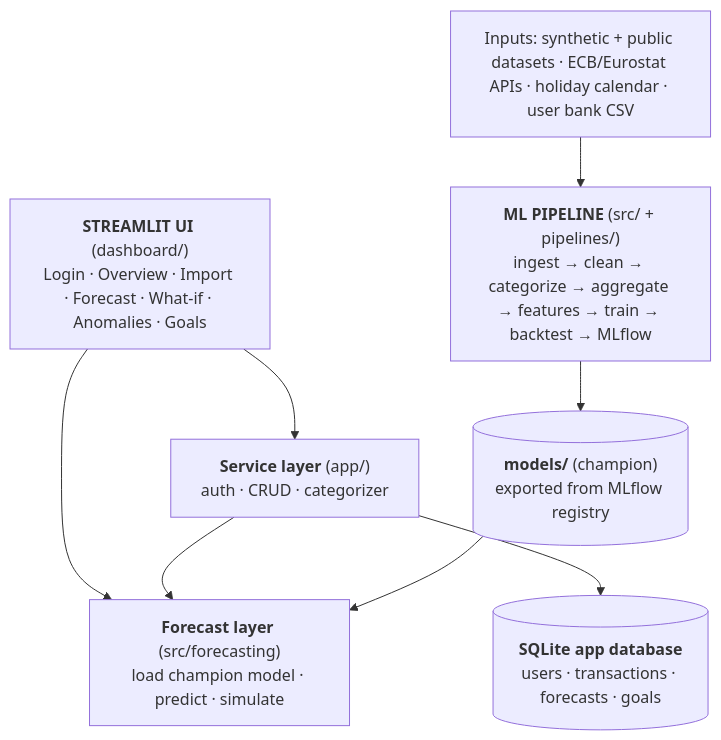
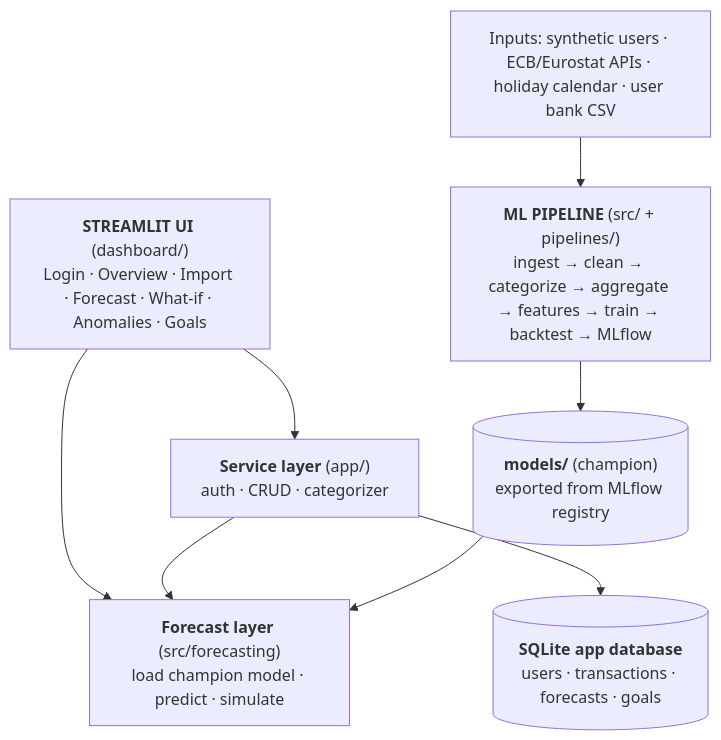
The first of 3 diagrams in README.md (OmPatil2806/FinCast-Predict-Your-Next-Month-s-Income-Spending-and-Balance), drawn with Mermaid before and after one commit. The commit also changed other lines of this file, not shown here.

Commit message:
Document synthetic-only data sources in README (step 4.4)

````diff
--- a/README.md
+++ b/README.md
@@ -128,18 +128,18 @@
 ```mermaid
 flowchart TB
     UI["<b>STREAMLIT UI</b> (dashboard/)<br/>Login · Overview · Import · Forecast · What-if · Anomalies · Goals"]
     SVC["<b>Service layer</b> (app/)<br/>auth · CRUD · categorizer"]
     FC["<b>Forecast layer</b> (src/forecasting)<br/>load champion model · predict · simulate"]
     DB[("<b>SQLite app database</b><br/>users · transactions · forecasts · goals")]
     MODELS[("<b>models/</b> (champion)<br/>exported from MLflow registry")]
     PIPE["<b>ML PIPELINE</b> (src/ + pipelines/)<br/>ingest → clean → categorize → aggregate → features → train → backtest → MLflow"]
-    INPUTS["Inputs: synthetic + public datasets · ECB/Eurostat APIs · holiday calendar · user bank CSV"]
+    INPUTS["Inputs: synthetic users · ECB/Eurostat APIs · holiday calendar · user bank CSV"]
 
     UI --> SVC
     UI --> FC
     SVC --> FC
     SVC --> DB
     MODELS --> FC
     PIPE --> MODELS
     INPUTS --> PIPE
 ```
````
